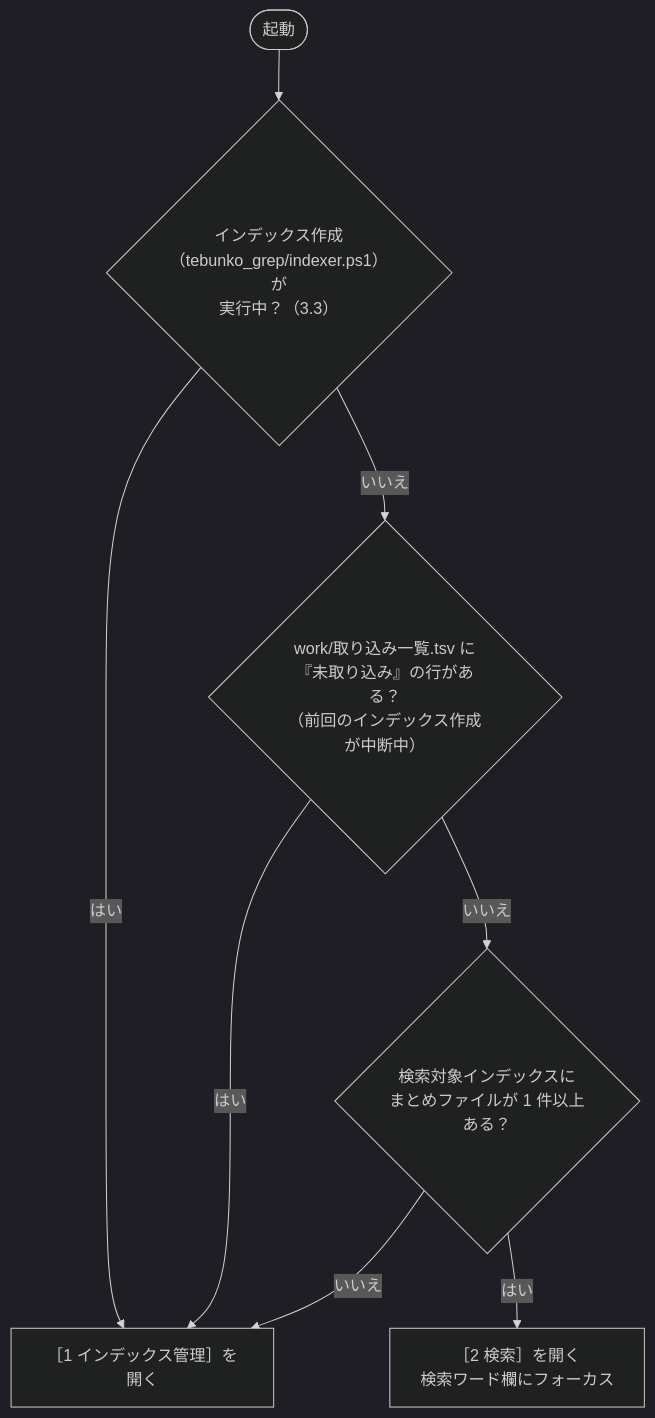
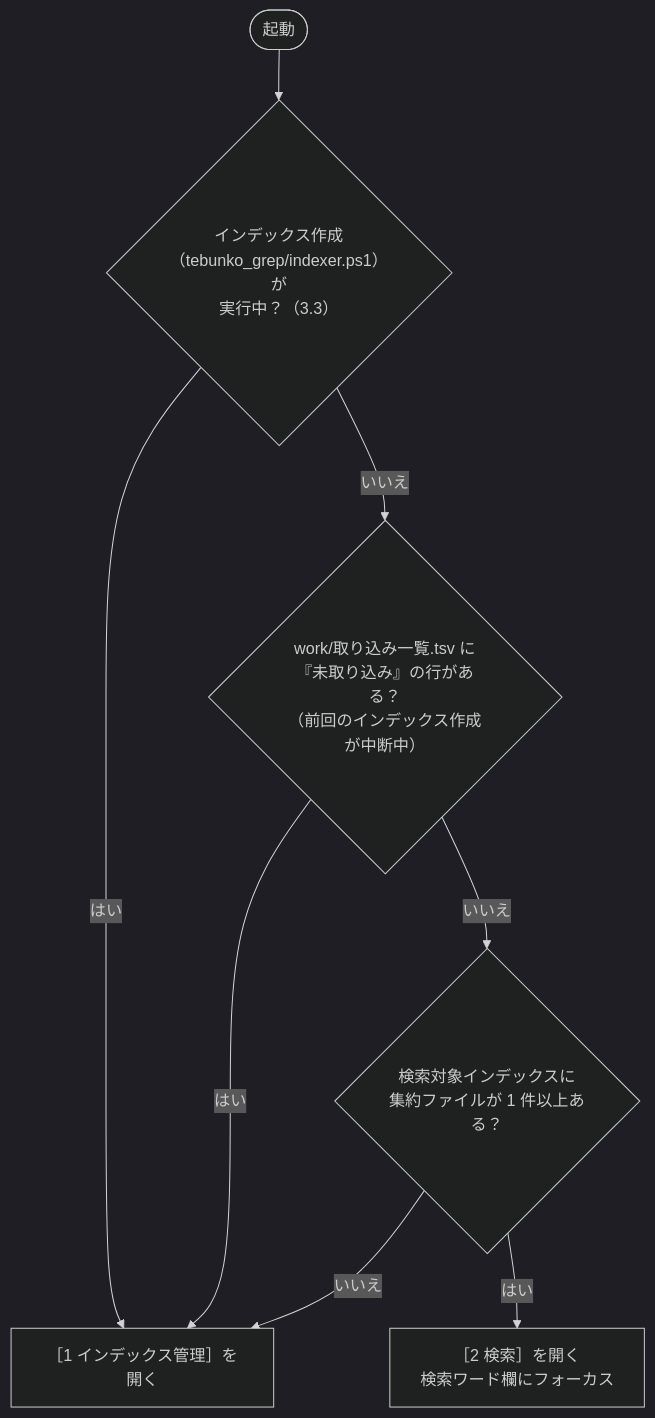
The diagram in docs/03_画面.md (hsgwa/tebunko), drawn with Mermaid (dark theme) before and after one commit. The commit also changed other lines of this file and 44 other files, not shown here.

````diff
--- a/docs/03_画面.md
+++ b/docs/03_画面.md
@@ -96,10 +96,10 @@
 ```mermaid
 flowchart TD
     S(["起動"]) --> R{"インデックス作成（tebunko_grep/indexer.ps1）が<br>実行中？（3.3）"}
     R -- はい --> T1
     R -- いいえ --> A{"work/取り込み一覧.tsv に『未取り込み』の行がある？<br>（前回のインデックス作成が中断中）"}
     A -- はい --> T1["［1 インデックス管理］を開く"]
-    A -- いいえ --> B{"検索対象インデックスに<br>まとめファイルが 1 件以上ある？"}
+    A -- いいえ --> B{"検索対象インデックスに<br>集約ファイルが 1 件以上ある？"}
     B -- いいえ --> T1
     B -- はい --> T2["［2 検索］を開く<br>検索ワード欄にフォーカス"]
 ```
````
